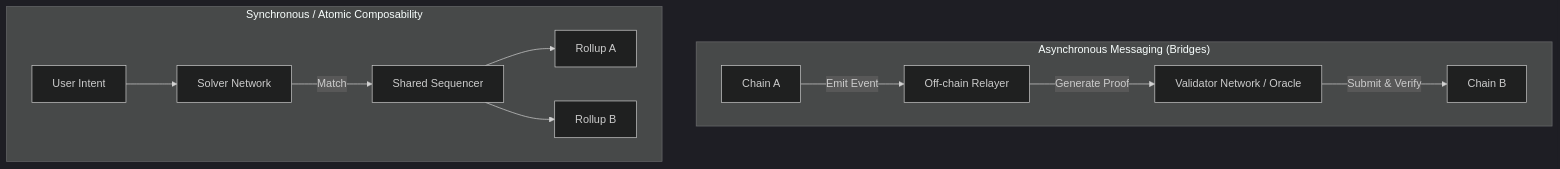
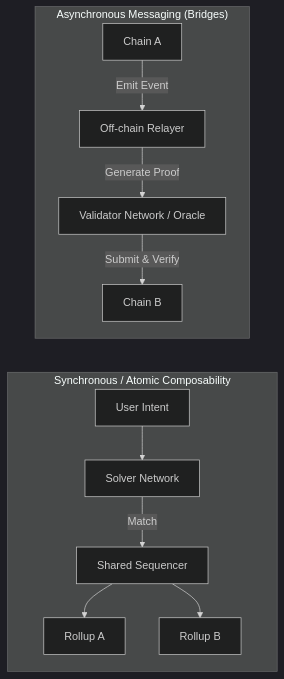
Before and after one commit to j4flmao/agent-skills: the diagram in docs/engineering/blockchain/interop-landscape.md, drawn with Mermaid (dark theme). The commit also changed 3 other files, not shown here.

Commit message:
style: Manually configure layout topology for 4 blockchain Mermaid diagrams to ensure proper vertical stacking and prevent extreme horizontal squishing

````diff
--- a/docs/engineering/blockchain/interop-landscape.md
+++ b/docs/engineering/blockchain/interop-landscape.md
@@ -11,15 +11,17 @@
 ```mermaid
-graph TD
+flowchart TD
     subgraph "Asynchronous Messaging (Bridges)"
         ChainA[Chain A] -->|Emit Event| Relayer[Off-chain Relayer]
         Relayer -->|Generate Proof| Validator[Validator Network / Oracle]
         Validator -->|Submit & Verify| ChainB[Chain B]
     end
     
     subgraph "Synchronous / Atomic Composability"
         User[User Intent] --> Solvers[Solver Network]
         Solvers -->|Match| SharedSeq[Shared Sequencer]
         SharedSeq --> L2A[Rollup A]
         SharedSeq --> L2B[Rollup B]
     end
+
+    ChainB ~~~ User
 ```
````
